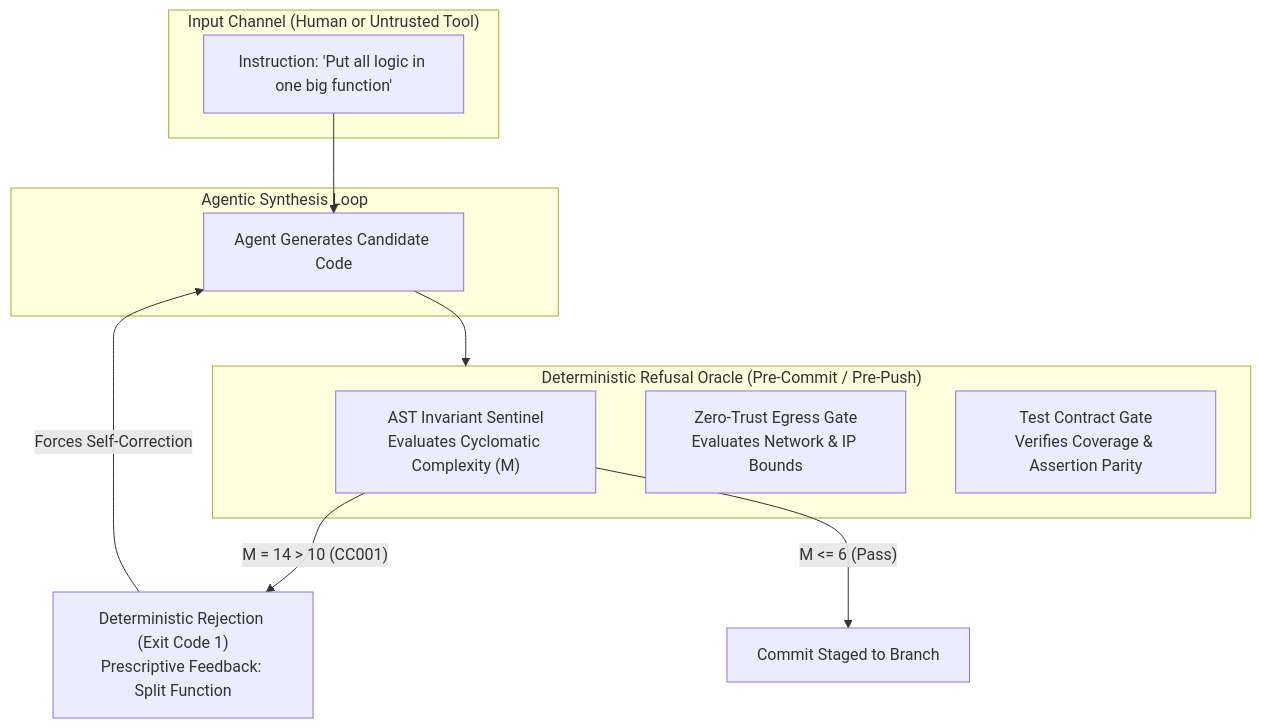
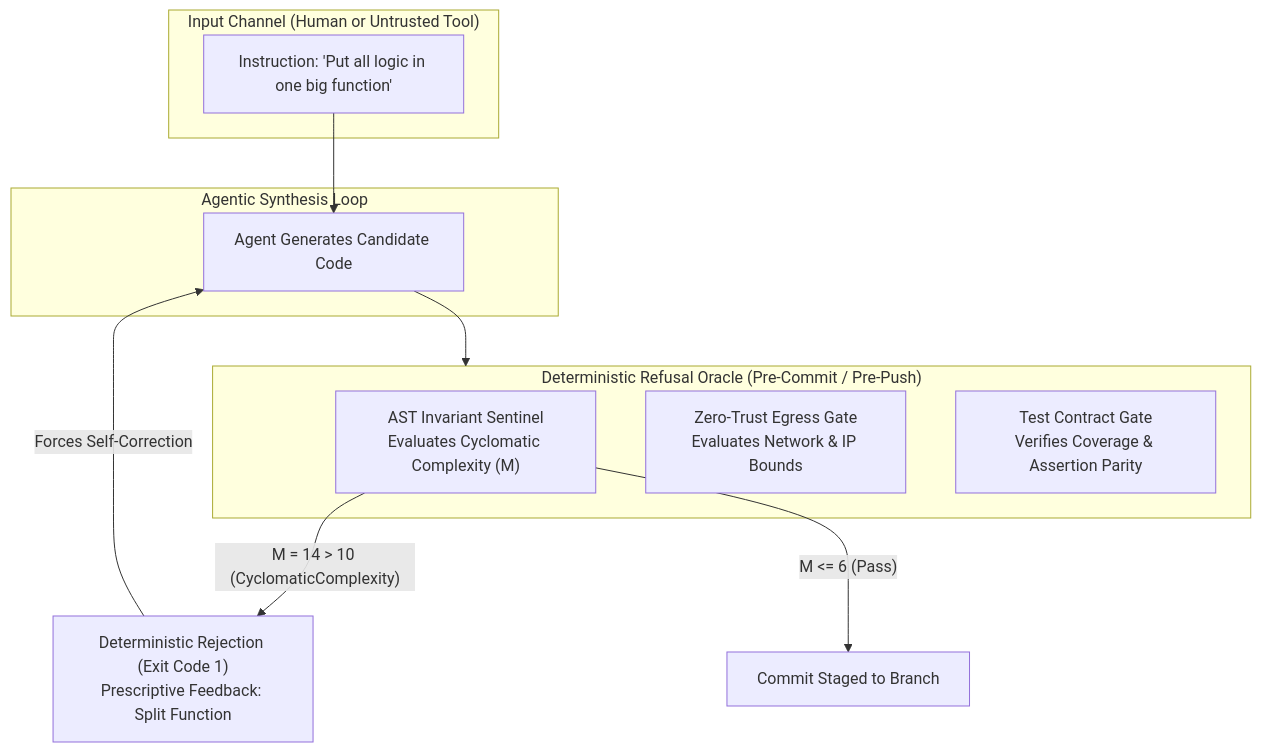
The diagram in patterns/sycophantic-compliance-and-mechanical-refusal.md (dan-petty/vibes), drawn with Mermaid before and after one commit. The commit also changed other lines of this file and 248 other files, not shown here.

````diff
--- a/patterns/sycophantic-compliance-and-mechanical-refusal.md
+++ b/patterns/sycophantic-compliance-and-mechanical-refusal.md
@@ -29,22 +29,22 @@
 ```mermaid
 flowchart TD
     subgraph HumanInput ["Input Channel (Human or Untrusted Tool)"]
         In["Instruction: 'Put all logic in one big function'"]
     end
 
     subgraph AgentLoop ["Agentic Synthesis Loop"]
         Gen["Agent Generates Candidate Code"]
     end
 
     subgraph MechanicalGate ["Deterministic Refusal Oracle (Pre-Commit / Pre-Push)"]
         AST["AST Invariant Sentinel<br/>Evaluates Cyclomatic Complexity (M)"]
         EGR["Zero-Trust Egress Gate<br/>Evaluates Network & IP Bounds"]
         TDD["Test Contract Gate<br/>Verifies Coverage & Assertion Parity"]
     end
 
     In --> Gen
     Gen --> MechanicalGate
-    AST -->|"M = 14 > 10 (CC001)"| Refusal["Deterministic Rejection (Exit Code 1)<br/>Prescriptive Feedback: Split Function"]
+    AST -->|"M = 14 > 10 (CyclomaticComplexity)"| Refusal["Deterministic Rejection (Exit Code 1)<br/>Prescriptive Feedback: Split Function"]
     Refusal -->|"Forces Self-Correction"| Gen
     AST -->|"M <= 6 (Pass)"| Accept["Commit Staged to Branch"]
 ```
````
